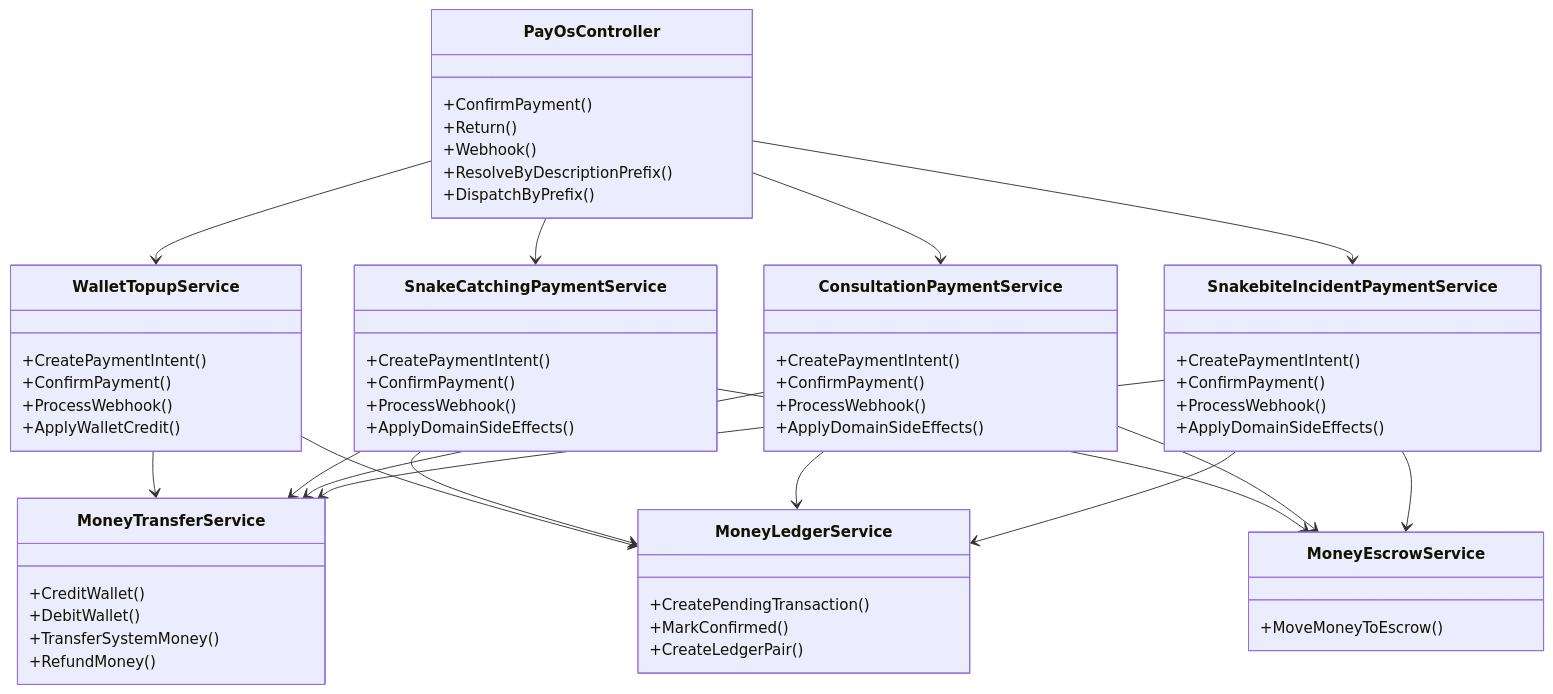
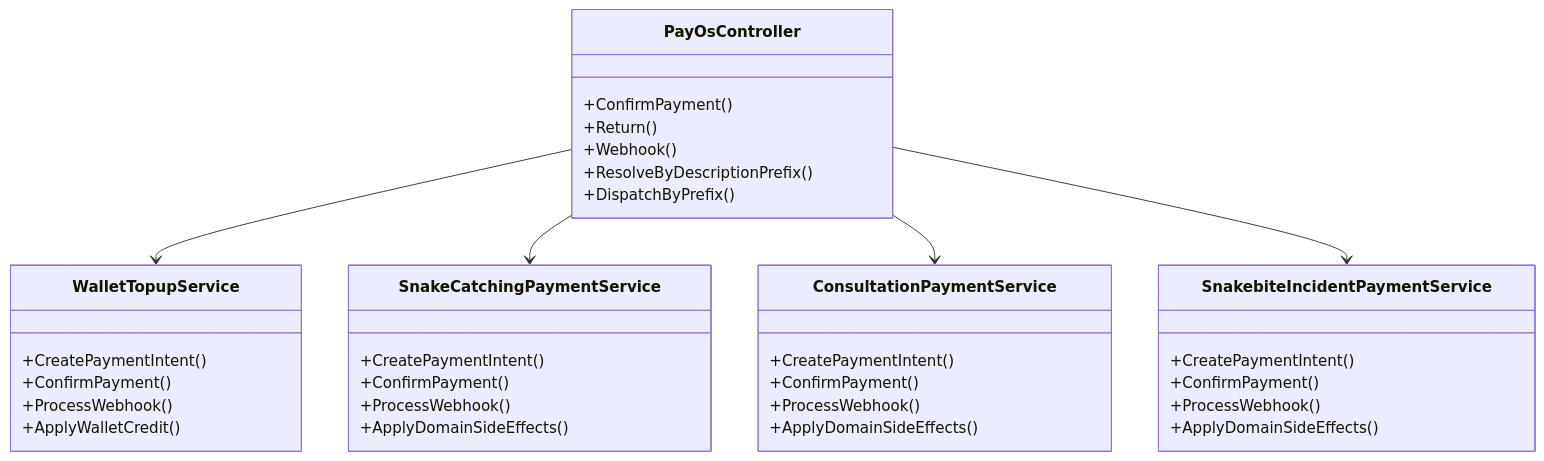
Before and after one commit to Snake-AID/SnakeAid.Docs: the second of 5 diagrams in Docs/05-Backend/02-layers/money-aspect/money-aspect.sourcemap.md, drawn with Mermaid. The commit also changed other lines of this file and 1 other file, not shown here.

Commit message:
feat(docs): update money aspect sourcemap and refactoring documentation to clarify ownership and shared primitive boundaries

````diff
--- a/Docs/05-Backend/02-layers/money-aspect/money-aspect.sourcemap.md
+++ b/Docs/05-Backend/02-layers/money-aspect/money-aspect.sourcemap.md
@@ -81,75 +66,43 @@
 ```mermaid
 classDiagram
     class PayOsController {
       +ConfirmPayment()
       +Return()
       +Webhook()
       +ResolveByDescriptionPrefix()
       +DispatchByPrefix()
     }
 
     class WalletTopupService {
       +CreatePaymentIntent()
       +ConfirmPayment()
       +ProcessWebhook()
       +ApplyWalletCredit()
     }
 
     class SnakeCatchingPaymentService {
       +CreatePaymentIntent()
       +ConfirmPayment()
       +ProcessWebhook()
       +ApplyDomainSideEffects()
     }
 
     class ConsultationPaymentService {
       +CreatePaymentIntent()
       +ConfirmPayment()
       +ProcessWebhook()
       +ApplyDomainSideEffects()
     }
 
     class SnakebiteIncidentPaymentService {
       +CreatePaymentIntent()
       +ConfirmPayment()
       +ProcessWebhook()
       +ApplyDomainSideEffects()
     }
 
-    class MoneyEscrowService {
-      +MoveMoneyToEscrow()
-    }
-
-    class MoneyTransferService {
-      +CreditWallet()
-      +DebitWallet()
-      +TransferSystemMoney()
-      +RefundMoney()
-    }
-
-    class MoneyLedgerService {
-      +CreatePendingTransaction()
-      +MarkConfirmed()
-      +CreateLedgerPair()
-    }
-
     PayOsController --> WalletTopupService
     PayOsController --> SnakeCatchingPaymentService
     PayOsController --> ConsultationPaymentService
     PayOsController --> SnakebiteIncidentPaymentService
-
-    WalletTopupService --> MoneyTransferService
-    WalletTopupService --> MoneyLedgerService
-
-    SnakeCatchingPaymentService --> MoneyEscrowService
-    SnakeCatchingPaymentService --> MoneyTransferService
-    SnakeCatchingPaymentService --> MoneyLedgerService
-
-    ConsultationPaymentService --> MoneyEscrowService
-    ConsultationPaymentService --> MoneyTransferService
-    ConsultationPaymentService --> MoneyLedgerService
-
-    SnakebiteIncidentPaymentService --> MoneyEscrowService
-    SnakebiteIncidentPaymentService --> MoneyTransferService
-    SnakebiteIncidentPaymentService --> MoneyLedgerService
 ```
````
